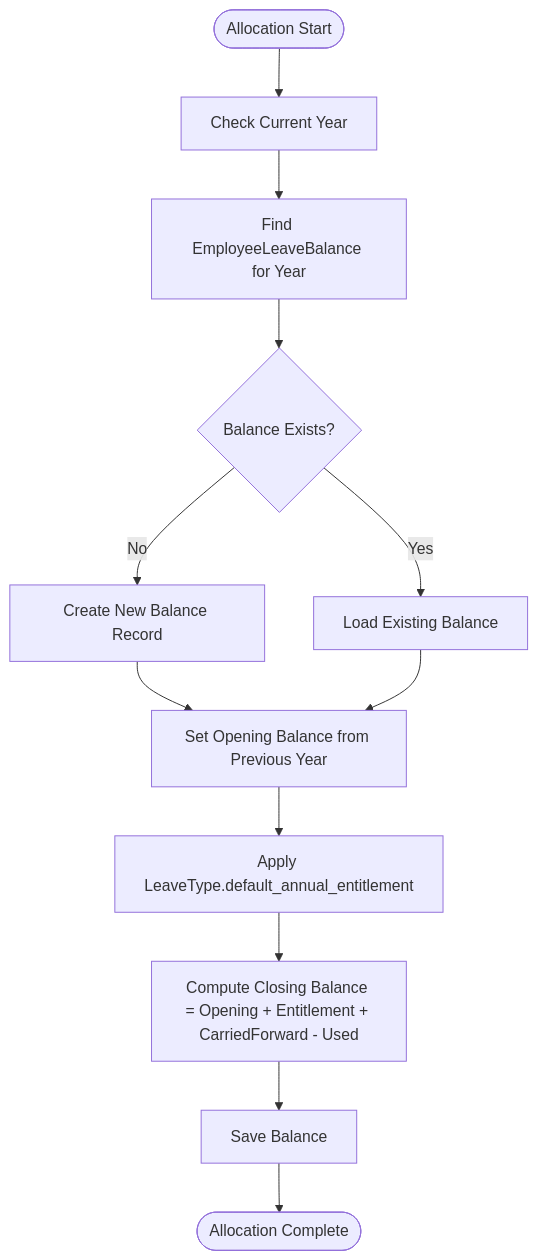
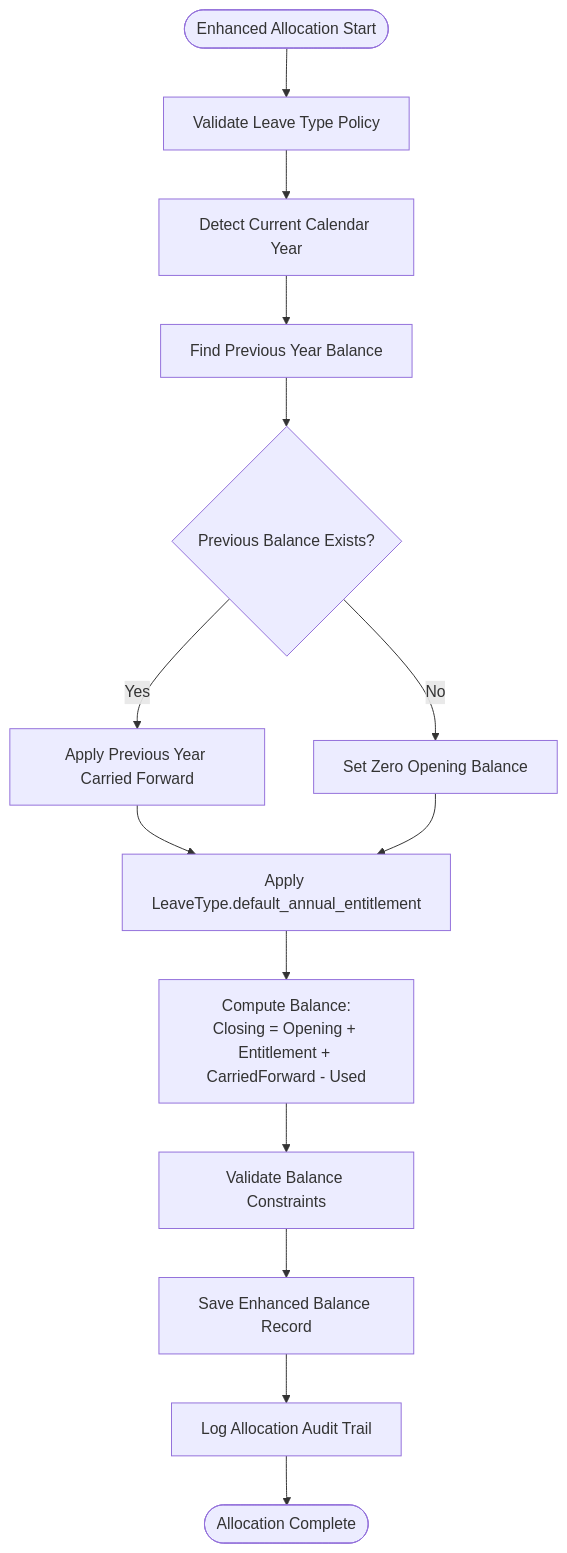
One commit to bikinaplikasipakeqoder-dot/payroll-hris changed the third of 7 diagrams in .qoder/repowiki/en/content/Leave Management.md. Above: the diagram before and after it, drawn with Mermaid. The commit also changed other lines of this file and 22 other files, not shown here.

````diff
--- a/.qoder/repowiki/en/content/Leave Management.md
+++ b/.qoder/repowiki/en/content/Leave Management.md
@@ -287,14 +290,16 @@
 ```mermaid
 flowchart TD
-Start(["Allocation Start"]) --> CheckYear["Check Current Year"]
-CheckYear --> FindBalance["Find EmployeeLeaveBalance for Year"]
-FindBalance --> Exists{"Balance Exists?"}
-Exists --> |No| CreateBalance["Create New Balance Record"]
-Exists --> |Yes| LoadBalance["Load Existing Balance"]
-CreateBalance --> SetOpening["Set Opening Balance from Previous Year"]
-LoadBalance --> SetOpening
-SetOpening --> ApplyEntitlement["Apply LeaveType.default_annual_entitlement"]
-ApplyEntitlement --> ComputeClosing["Compute Closing Balance = Opening + Entitlement + CarriedForward - Used"]
-ComputeClosing --> Save["Save Balance"]
-Save --> End(["Allocation Complete"])
+Start(["Enhanced Allocation Start"]) --> ValidatePolicy["Validate Leave Type Policy"]
+ValidatePolicy --> CheckYear["Detect Current Calendar Year"]
+CheckYear --> FindPrevious["Find Previous Year Balance"]
+FindPrevious --> HasPrevious{"Previous Balance Exists?"}
+HasPrevious --> |Yes| CarryForward["Apply Previous Year Carried Forward"]
+HasPrevious --> |No| SetZero["Set Zero Opening Balance"]
+CarryForward --> ApplyEntitlement["Apply LeaveType.default_annual_entitlement"]
+SetZero --> ApplyEntitlement
+ApplyEntitlement --> ComputeBalance["Compute Balance:<br/>Closing = Opening + Entitlement + CarriedForward - Used"]
+ComputeBalance --> ValidateBalance["Validate Balance Constraints"]
+ValidateBalance --> SaveRecord["Save Enhanced Balance Record"]
+SaveRecord --> LogAudit["Log Allocation Audit Trail"]
+LogAudit --> End(["Allocation Complete"])
 ```
````
